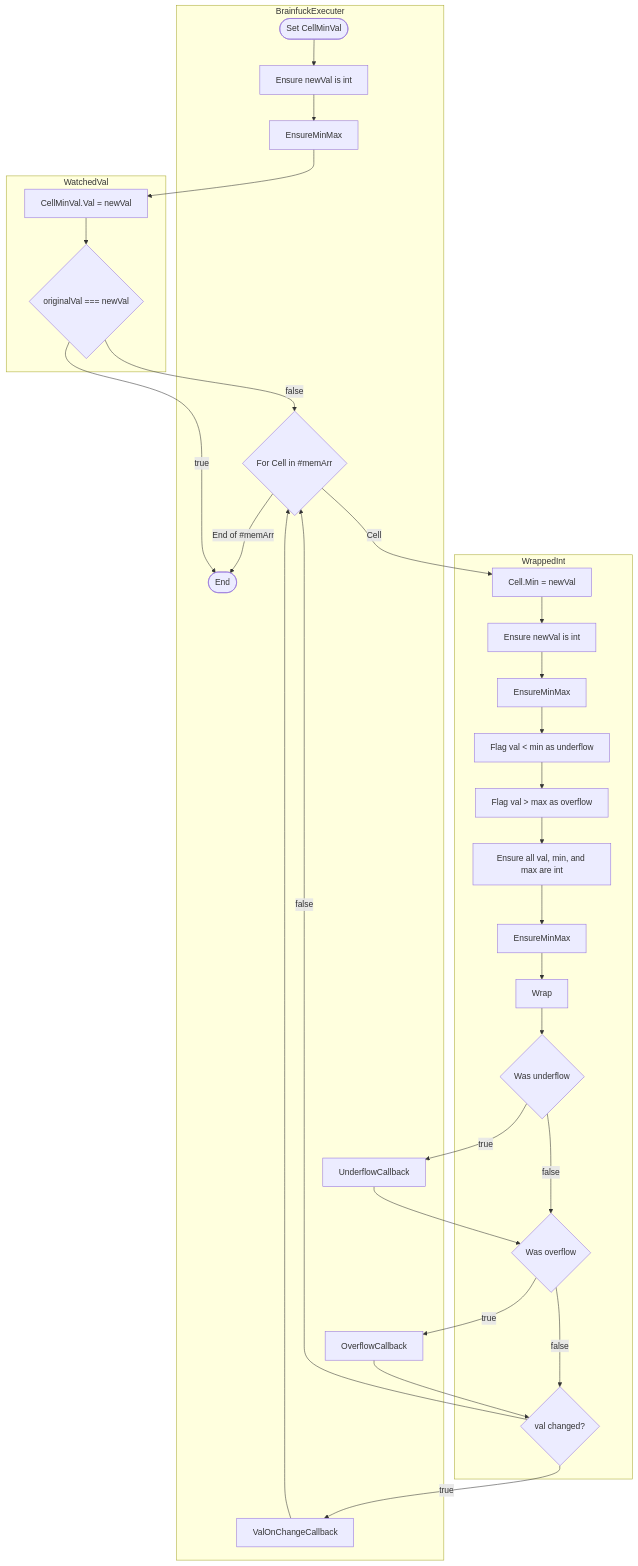
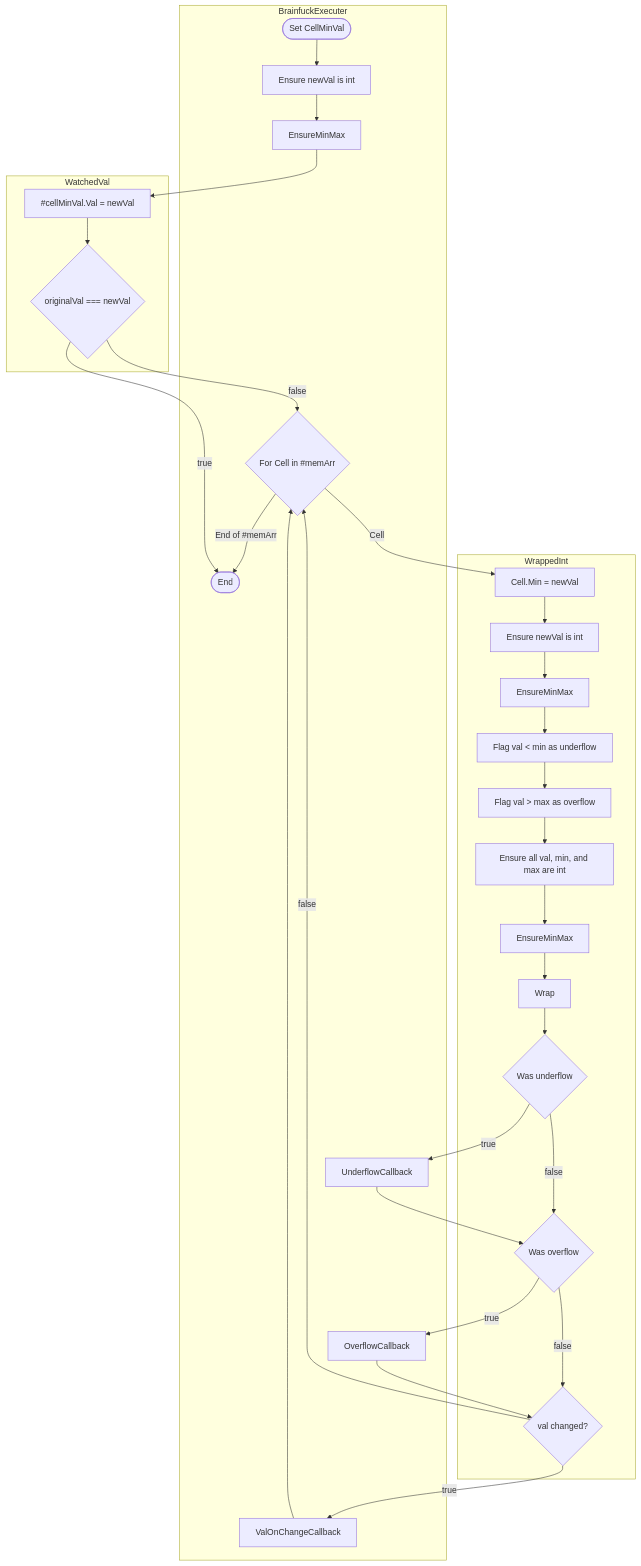
Before and after one commit to BCS21090011/BrainFucker: the fifth of 25 diagrams in src/Classes_Info/BrainfuckExecuter.md, drawn with Mermaid. The commit also changed other lines of this file, not shown here.

Commit message:
Redo Set BFCode chart.

````diff
--- a/src/Classes_Info/BrainfuckExecuter.md
+++ b/src/Classes_Info/BrainfuckExecuter.md
@@ -177,7 +188,7 @@
     ```mermaid
     flowchart
         subgraph WatchedVal
-            SetCellMinVal[CellMinVal.Val = newVal]
+            SetCellMinVal[#cellMinVal.Val = newVal]
             WatchedValCheckSameVal{originalVal === newVal}
         end
 
````
